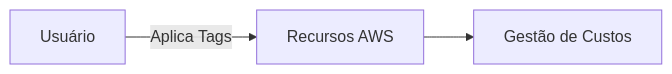
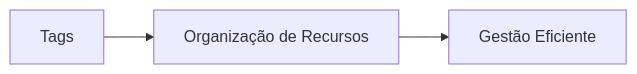
One commit to lvgalvao/data-engineering-roadmap changed the second of 6 diagrams in Bootcamp - Cloud para dados/Aula_10/README.md. Above: the diagram before and after it, drawn with Mermaid. The commit also changed other lines of this file, not shown here.

````diff
--- a/Bootcamp - Cloud para dados/Aula_10/README.md
+++ b/Bootcamp - Cloud para dados/Aula_10/README.md
@@ -41,5 +112,5 @@
    ```mermaid
    graph LR
-       User[Usuário] -->|Aplica Tags| AWS[Recursos AWS]
-       AWS --> CostManagement[Gestão de Custos]
+       Tags[Tags] --> Organize[Organização de Recursos]
+       Organize --> EfficientManagement[Gestão Eficiente]
    ```
````
